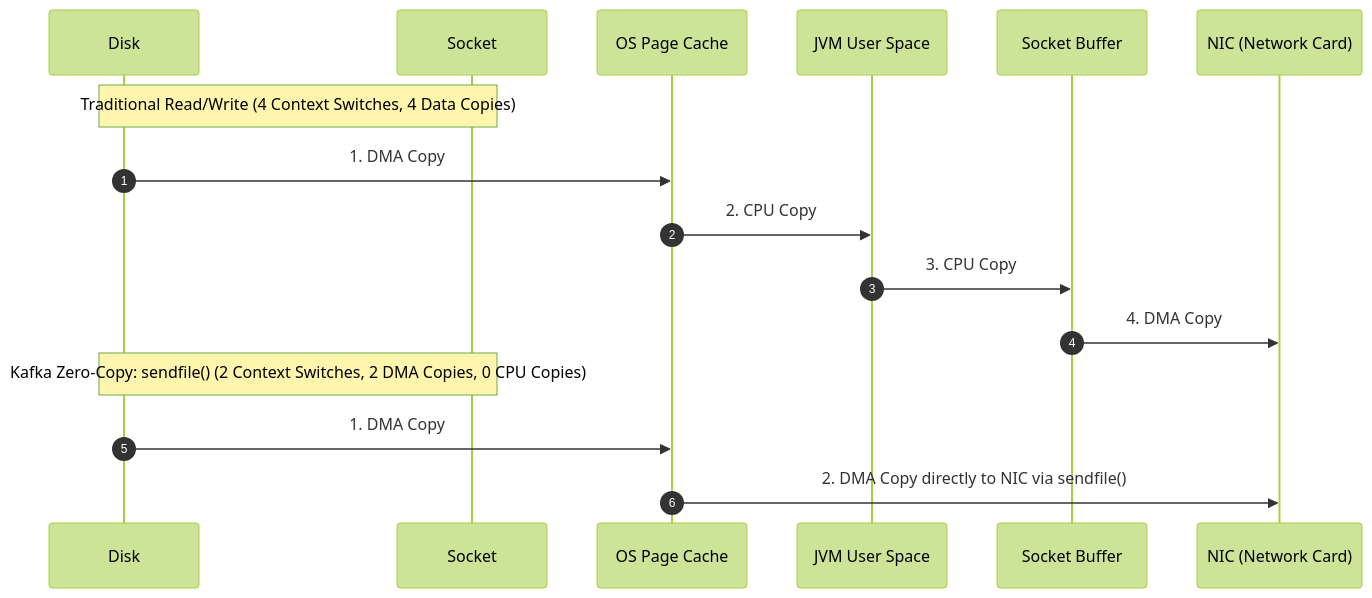
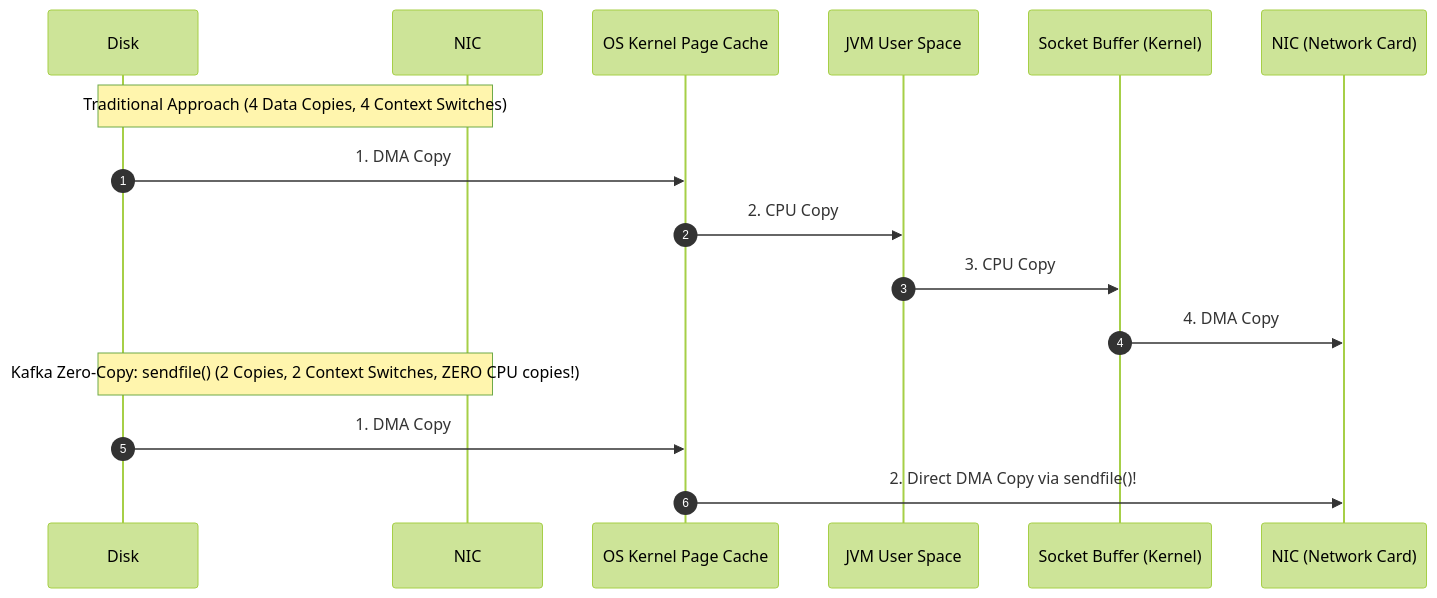
One commit to PandeyKishan/Study-Notes changed the fourth of 5 diagrams in 03-Apache-Kafka/01-Architecture-and-Log-Internals.md. Above: the diagram before and after it, drawn with Mermaid (forest theme). The commit also changed other lines of this file and 20 other files, not shown here.

````diff
--- a/03-Apache-Kafka/01-Architecture-and-Log-Internals.md
+++ b/03-Apache-Kafka/01-Architecture-and-Log-Internals.md
@@ -47,13 +142,13 @@
 ```mermaid
 sequenceDiagram
     autonumber
-    Note over Disk,Socket: Traditional Read/Write (4 Context Switches, 4 Data Copies)
-    Disk->>OS Page Cache: 1. DMA Copy
-    OS Page Cache->>JVM User Space: 2. CPU Copy
-    JVM User Space->>Socket Buffer: 3. CPU Copy
-    Socket Buffer->>NIC (Network Card): 4. DMA Copy
+    Note over Disk,NIC: Traditional Approach (4 Data Copies, 4 Context Switches)
+    Disk->>OS Kernel Page Cache: 1. DMA Copy
+    OS Kernel Page Cache->>JVM User Space: 2. CPU Copy
+    JVM User Space->>Socket Buffer (Kernel): 3. CPU Copy
+    Socket Buffer (Kernel)->>NIC (Network Card): 4. DMA Copy
 
-    Note over Disk,Socket: Kafka Zero-Copy: sendfile() (2 Context Switches, 2 DMA Copies, 0 CPU Copies)
-    Disk->>OS Page Cache: 1. DMA Copy
-    OS Page Cache->>NIC (Network Card): 2. DMA Copy directly to NIC via sendfile()
+    Note over Disk,NIC: Kafka Zero-Copy: sendfile() (2 Copies, 2 Context Switches, ZERO CPU copies!)
+    Disk->>OS Kernel Page Cache: 1. DMA Copy
+    OS Kernel Page Cache->>NIC (Network Card): 2. Direct DMA Copy via sendfile()!
 ```
````
